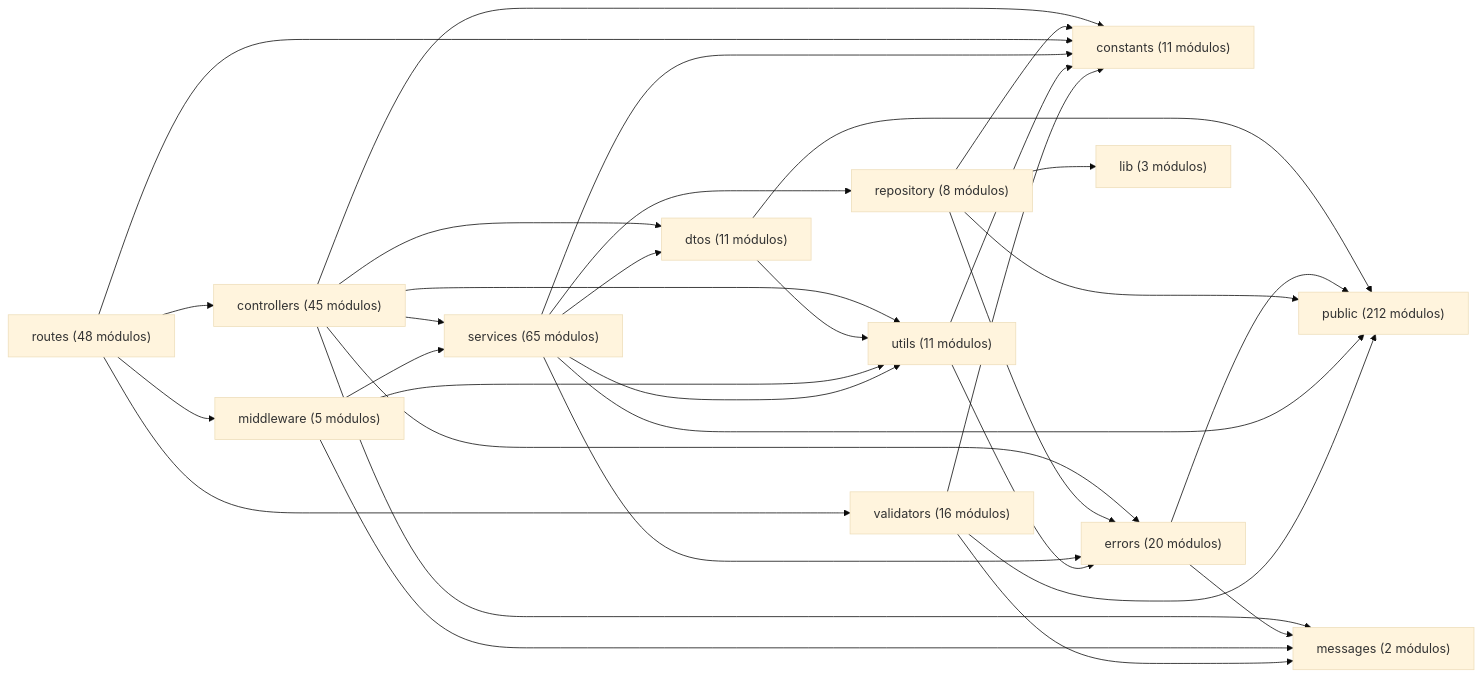
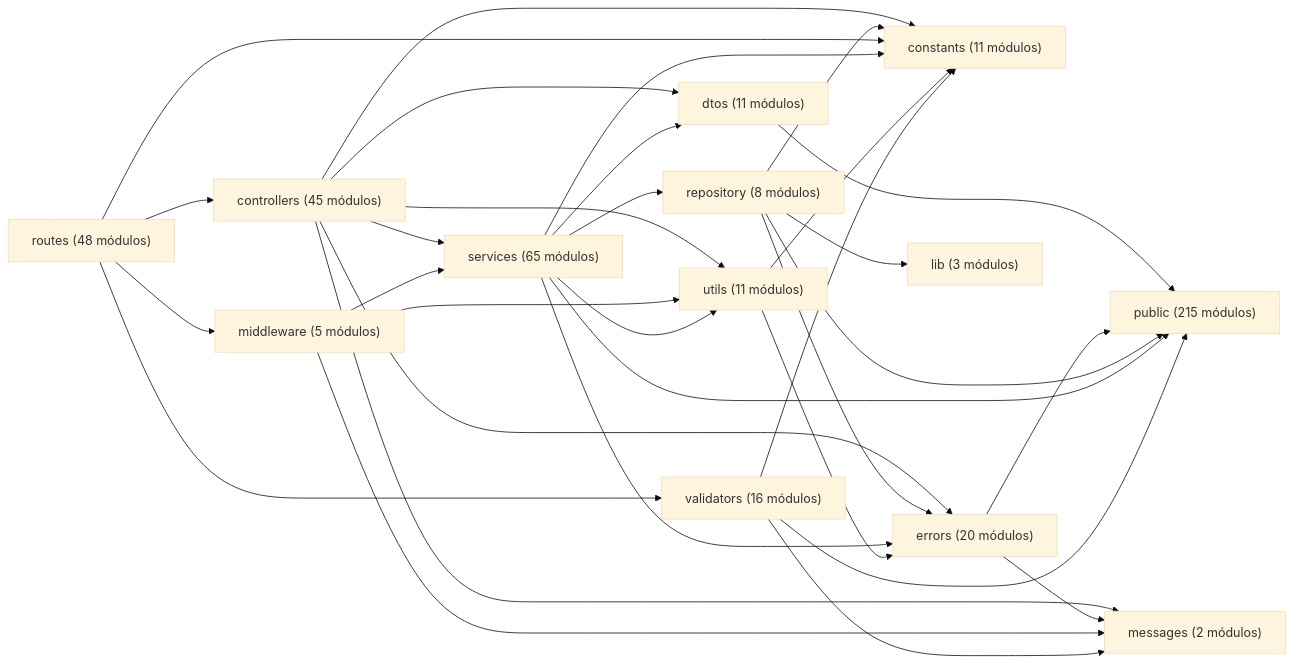
The diagram in docs/architecture/views/development/code-map.md (gpgsistemas01/nexus), drawn with Mermaid (base theme) before and after one commit. The commit also changed 200 other files, not shown here.

````diff
--- a/docs/architecture/views/development/code-map.md
+++ b/docs/architecture/views/development/code-map.md
@@ -14,35 +14,34 @@
 ```mermaid
 flowchart LR
     controllers["controllers (45 módulos)"] --> constants["constants (11 módulos)"]
     controllers["controllers (45 módulos)"] --> dtos["dtos (11 módulos)"]
     controllers["controllers (45 módulos)"] --> errors["errors (20 módulos)"]
     controllers["controllers (45 módulos)"] --> messages["messages (2 módulos)"]
     controllers["controllers (45 módulos)"] --> services["services (65 módulos)"]
     controllers["controllers (45 módulos)"] --> utils["utils (11 módulos)"]
-    dtos["dtos (11 módulos)"] --> public["public (212 módulos)"]
-    dtos["dtos (11 módulos)"] --> utils["utils (11 módulos)"]
+    dtos["dtos (11 módulos)"] --> public["public (215 módulos)"]
     errors["errors (20 módulos)"] --> messages["messages (2 módulos)"]
-    errors["errors (20 módulos)"] --> public["public (212 módulos)"]
+    errors["errors (20 módulos)"] --> public["public (215 módulos)"]
     middleware["middleware (5 módulos)"] --> messages["messages (2 módulos)"]
     middleware["middleware (5 módulos)"] --> services["services (65 módulos)"]
     middleware["middleware (5 módulos)"] --> utils["utils (11 módulos)"]
     repository["repository (8 módulos)"] --> constants["constants (11 módulos)"]
     repository["repository (8 módulos)"] --> errors["errors (20 módulos)"]
     repository["repository (8 módulos)"] --> lib["lib (3 módulos)"]
-    repository["repository (8 módulos)"] --> public["public (212 módulos)"]
+    repository["repository (8 módulos)"] --> public["public (215 módulos)"]
     routes["routes (48 módulos)"] --> constants["constants (11 módulos)"]
     routes["routes (48 módulos)"] --> controllers["controllers (45 módulos)"]
     routes["routes (48 módulos)"] --> middleware["middleware (5 módulos)"]
     routes["routes (48 módulos)"] --> validators["validators (16 módulos)"]
     services["services (65 módulos)"] --> constants["constants (11 módulos)"]
     services["services (65 módulos)"] --> dtos["dtos (11 módulos)"]
     services["services (65 módulos)"] --> errors["errors (20 módulos)"]
-    services["services (65 módulos)"] --> public["public (212 módulos)"]
+    services["services (65 módulos)"] --> public["public (215 módulos)"]
     services["services (65 módulos)"] --> repository["repository (8 módulos)"]
     services["services (65 módulos)"] --> utils["utils (11 módulos)"]
     utils["utils (11 módulos)"] --> constants["constants (11 módulos)"]
     utils["utils (11 módulos)"] --> errors["errors (20 módulos)"]
     validators["validators (16 módulos)"] --> constants["constants (11 módulos)"]
     validators["validators (16 módulos)"] --> messages["messages (2 módulos)"]
-    validators["validators (16 módulos)"] --> public["public (212 módulos)"]
+    validators["validators (16 módulos)"] --> public["public (215 módulos)"]
 ```
````
